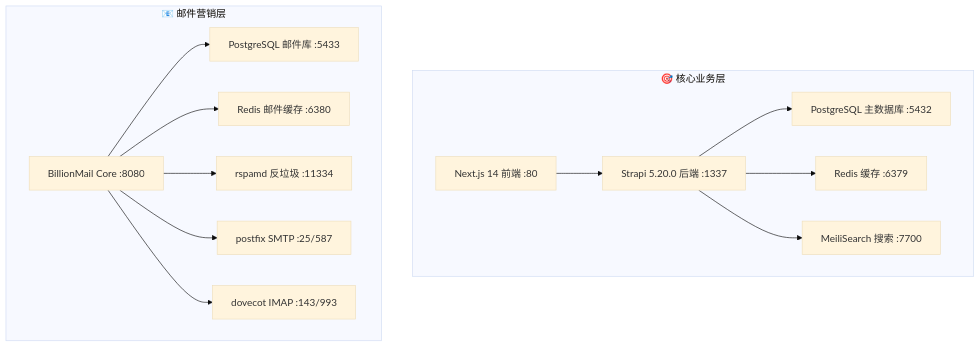
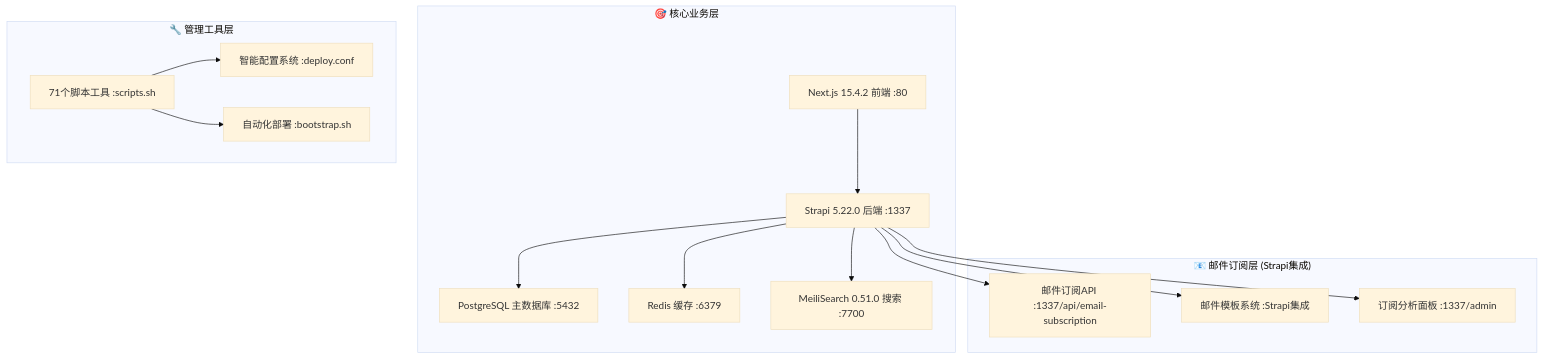
Before and after one commit to lyfe2025/aibianx: the diagram in docs/部署运维/详细部署说明.md, drawn with Mermaid (base theme). The commit also changed other lines of this file and 2 other files, not shown here.

````diff
--- a/docs/部署运维/详细部署说明.md
+++ b/docs/部署运维/详细部署说明.md
@@ -11,29 +13,32 @@
 ```mermaid
 graph TB
     subgraph "🎯 核心业务层"
-        A[Next.js 14 前端 :80]
-        B[Strapi 5.20.0 后端 :1337]
+        A[Next.js 15.4.2 前端 :80]
+        B[Strapi 5.22.0 后端 :1337]
         C[PostgreSQL 主数据库 :5432]
         D[Redis 缓存 :6379]
-        E[MeiliSearch 搜索 :7700]
+        E[MeiliSearch 0.51.0 搜索 :7700]
     end
     
-    subgraph "📧 邮件营销层"
-        F[BillionMail Core :8080]
-        G[PostgreSQL 邮件库 :5433]
-        H[Redis 邮件缓存 :6380]
-        I[rspamd 反垃圾 :11334]
-        J[postfix SMTP :25/587]
-        K[dovecot IMAP :143/993]
+    subgraph "📧 邮件订阅层 (Strapi集成)"
+        F[邮件订阅API :1337/api/email-subscription]
+        G[邮件模板系统 :Strapi集成]
+        H[订阅分析面板 :1337/admin]
+    end
+    
+    subgraph "🔧 管理工具层"
+        I[71个脚本工具 :scripts.sh]
+        J[智能配置系统 :deploy.conf]
+        K[自动化部署 :bootstrap.sh]
     end
     
     A --> B
     B --> C
     B --> D
     B --> E
-    F --> G
-    F --> H
-    F --> I
-    F --> J
-    F --> K
+    B --> F
+    B --> G
+    B --> H
+    I --> J
+    I --> K
 ```
````
